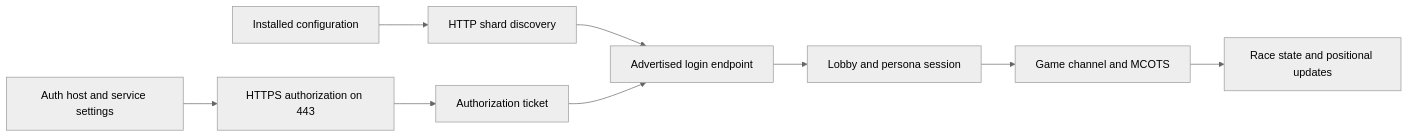
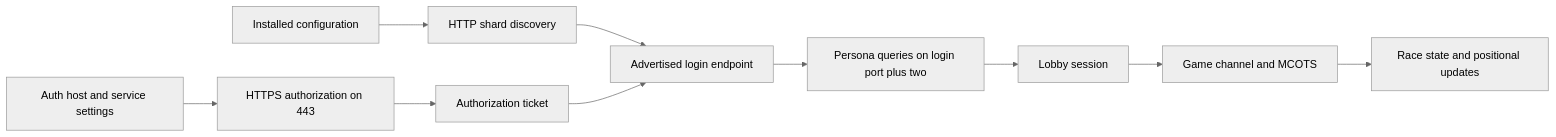
The diagram in docs/networking.md (Dadud/motor-city-reconstruction), drawn with Mermaid (neutral theme) before and after one commit. The commit also changed other lines of this file, not shown here.

````diff
--- a/docs/networking.md
+++ b/docs/networking.md
@@ -31,11 +38,12 @@
 ```mermaid
 flowchart LR
     Config[Installed configuration] --> Discovery[HTTP shard discovery]
     Registry[Auth host and service settings] --> Auth[HTTPS authorization on 443]
     Auth --> Ticket[Authorization ticket]
     Discovery --> Login[Advertised login endpoint]
     Ticket --> Login
-    Login --> Lobby[Lobby and persona session]
+    Login --> Persona[Persona queries on login port plus two]
+    Persona --> Lobby[Lobby session]
     Lobby --> Game[Game channel and MCOTS]
     Game --> Race[Race state and positional updates]
 ```
````
